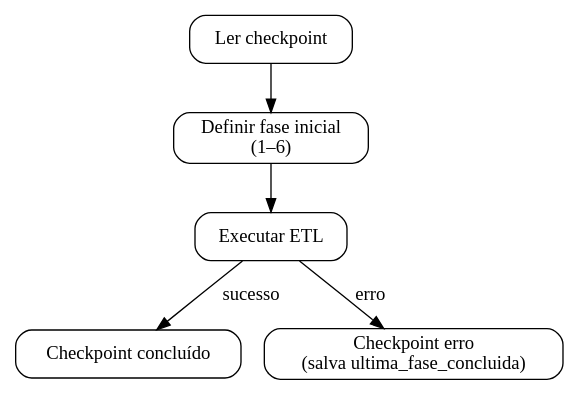
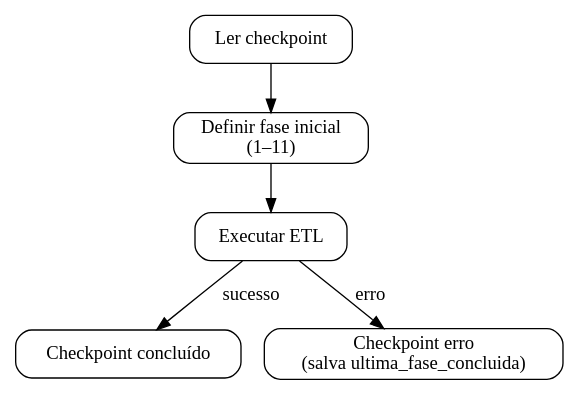
The diagram in docs/dominios/pedagogico/retomada.md (prefeiturasp/SME-IntegracaoEOL-MS-ETL), drawn with Graphviz before and after one commit. The commit also changed other lines of this file and 10 other files, not shown here.

````diff
--- a/docs/dominios/pedagogico/retomada.md
+++ b/docs/dominios/pedagogico/retomada.md
@@ -28,16 +30,16 @@
 ```{graphviz}
 digraph G {
     rankdir=TB;
     node [shape=box, style="rounded"];
 
     CP [label="Ler checkpoint"];
-    DEC [label="Definir fase inicial\n(1–6)"];
+    DEC [label="Definir fase inicial\n(1–11)"];
     RUN [label="Executar ETL"];
     OK [label="Checkpoint concluído"];
     ER [label="Checkpoint erro\n(salva ultima_fase_concluida)"];
 
     CP -> DEC -> RUN;
     RUN -> OK [label="sucesso"];
     RUN -> ER [label="erro"];
 }
 ```
````
